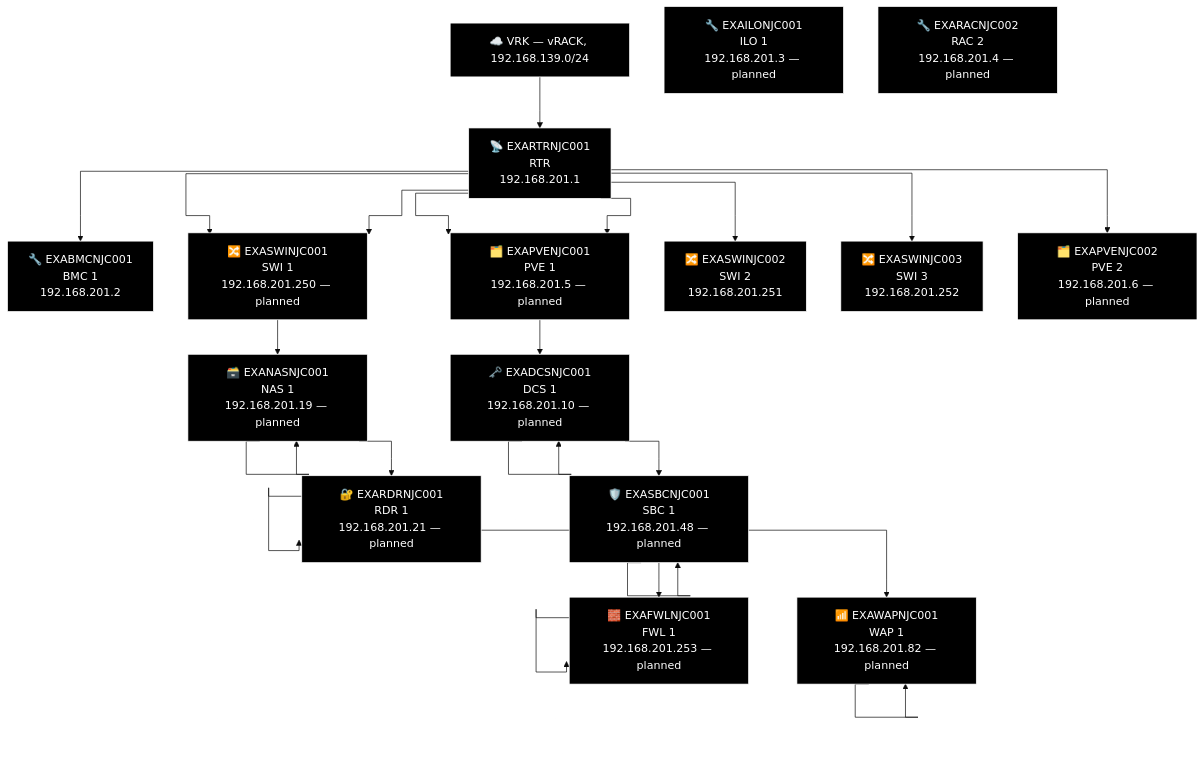
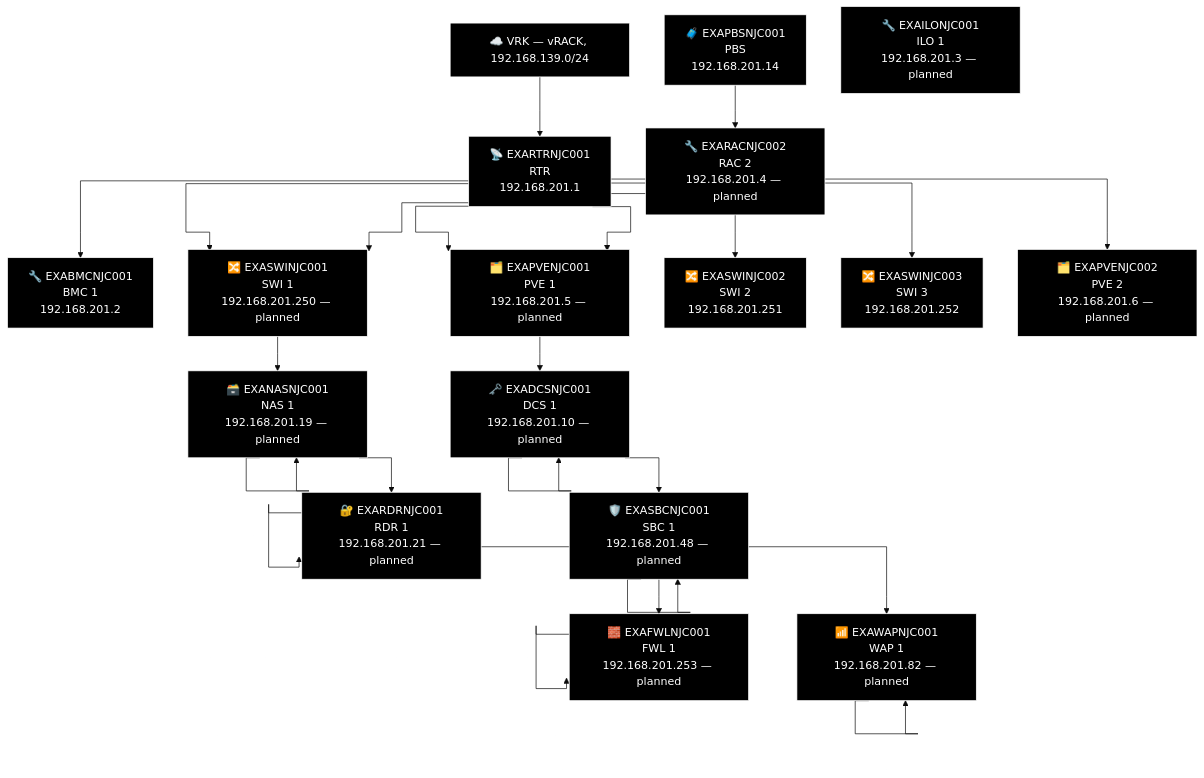
One commit to knightmare2600/example_music_infra changed the eighth of 21 diagrams in docs/network-diagram/united-states.md. Above: the diagram before and after it, drawn with Mermaid (base theme). The commit also changed other lines of this file and 14 other files, not shown here.

First line of the commit message:
docs/network-diagram: regenerate, every site was missing its PBS node

````diff
--- a/docs/network-diagram/united-states.md
+++ b/docs/network-diagram/united-states.md
@@ -368,65 +373,68 @@
 ```mermaid
 %% GENERATED:TOPOLOGY:NJC:START
 %%{init: {'flowchart': {'curve': 'stepAfter'}}}%%
 graph TD
     T_VRK["☁️ VRK — vRACK, 192.168.139.0/24"]
     T_RTR["📡 EXARTRNJC001<br/>RTR<br/>192.168.201.1"]
     T_VRK --> T_RTR
     T_BMC["🔧 EXABMCNJC001<br/>BMC 1<br/>192.168.201.2"]
     T_RTR --> T_BMC
     T_PVE["🗂️ EXAPVENJC001<br/>PVE 1<br/>192.168.201.5"]
     T_RTR --> T_PVE
     T_SWI["🔀 EXASWINJC001<br/>SWI 1<br/>192.168.201.250"]
     T_RTR --> T_SWI
     T_SWI2["🔀 EXASWINJC002<br/>SWI 2<br/>192.168.201.251"]
     T_RTR --> T_SWI2
     T_SWI3["🔀 EXASWINJC003<br/>SWI 3<br/>192.168.201.252"]
     T_RTR --> T_SWI3
     T_SWI["🔀 EXASWINJC001<br/>SWI 1<br/>192.168.201.250 — planned"]
     T_RTR --> T_SWI
     T_PVE["🗂️ EXAPVENJC001<br/>PVE 1<br/>192.168.201.5 — planned"]
     T_RTR --> T_PVE
     T_PVE2["🗂️ EXAPVENJC002<br/>PVE 2<br/>192.168.201.6 — planned"]
     T_RTR --> T_PVE2
     T_NAS["🗃️ EXANASNJC001<br/>NAS<br/>192.168.201.19"]
     T_NAS["🗃️ EXANASNJC001<br/>NAS 1<br/>192.168.201.19 — planned"]
     T_RDR["🔐 EXARDRNJC001<br/>RDR<br/>192.168.201.21"]
     T_RDR["🔐 EXARDRNJC001<br/>RDR 1<br/>192.168.201.21 — planned"]
     T_WAP["📶 EXAWAPNJC001<br/>WAP 1<br/>192.168.201.82"]
     T_WAP["📶 EXAWAPNJC001<br/>WAP 1<br/>192.168.201.82 — planned"]
     T_SWI --> T_NAS --> T_NAS --> T_RDR --> T_RDR --> T_WAP --> T_WAP
     T_DCS["🗝️ EXADCSNJC001<br/>DCS 1<br/>192.168.201.10"]
     T_DCS["🗝️ EXADCSNJC001<br/>DCS 1<br/>192.168.201.10 — planned"]
     T_SBC["🛡️ EXASBCNJC001<br/>SBC<br/>192.168.201.48"]
     T_SBC["🛡️ EXASBCNJC001<br/>SBC 1<br/>192.168.201.48 — planned"]
     T_FWL["🧱 EXAFWLNJC001<br/>LAN Face<br/>192.168.201.253"]
     T_FWL["🧱 EXAFWLNJC001<br/>FWL 1<br/>192.168.201.253 — planned"]
     T_PVE --> T_DCS --> T_DCS --> T_SBC --> T_SBC --> T_FWL --> T_FWL
+    T_PBS["🧳 EXAPBSNJC001<br/>PBS<br/>192.168.201.14"]
     T_ILO["🔧 EXAILONJC001<br/>ILO 1<br/>192.168.201.3 — planned"]
     T_RAC["🔧 EXARACNJC002<br/>RAC 2<br/>192.168.201.4 — planned"]
+    T_PBS --> T_RAC
     style T_VRK fill:#000000,stroke:#FFFFFF,color:#FFFFFF
     style T_RTR fill:#000000,stroke:#FFFFFF,color:#FFFFFF
     style T_BMC fill:#000000,stroke:#FFFFFF,color:#FFFFFF
     style T_PVE fill:#000000,stroke:#FFFFFF,color:#FFFFFF
     style T_SWI fill:#000000,stroke:#FFFFFF,color:#FFFFFF
     style T_SWI2 fill:#000000,stroke:#FFFFFF,color:#FFFFFF
     style T_SWI3 fill:#000000,stroke:#FFFFFF,color:#FFFFFF
     style T_SWI fill:#000000,stroke:#FFFFFF,color:#FFFFFF
     style T_PVE fill:#000000,stroke:#FFFFFF,color:#FFFFFF
     style T_PVE2 fill:#000000,stroke:#FFFFFF,color:#FFFFFF
     style T_NAS fill:#000000,stroke:#FFFFFF,color:#FFFFFF
     style T_NAS fill:#000000,stroke:#FFFFFF,color:#FFFFFF
     style T_RDR fill:#000000,stroke:#FFFFFF,color:#FFFFFF
     style T_RDR fill:#000000,stroke:#FFFFFF,color:#FFFFFF
     style T_WAP fill:#000000,stroke:#FFFFFF,color:#FFFFFF
     style T_WAP fill:#000000,stroke:#FFFFFF,color:#FFFFFF
     style T_DCS fill:#000000,stroke:#FFFFFF,color:#FFFFFF
     style T_DCS fill:#000000,stroke:#FFFFFF,color:#FFFFFF
     style T_SBC fill:#000000,stroke:#FFFFFF,color:#FFFFFF
     style T_SBC fill:#000000,stroke:#FFFFFF,color:#FFFFFF
     style T_FWL fill:#000000,stroke:#FFFFFF,color:#FFFFFF
     style T_FWL fill:#000000,stroke:#FFFFFF,color:#FFFFFF
+    style T_PBS fill:#000000,stroke:#FFFFFF,color:#FFFFFF
     style T_ILO fill:#000000,stroke:#FFFFFF,color:#FFFFFF
     style T_RAC fill:#000000,stroke:#FFFFFF,color:#FFFFFF
 %% GENERATED:TOPOLOGY:NJC:END
 ```
````
